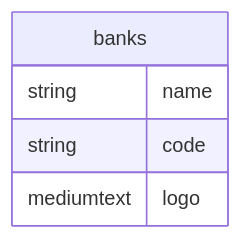
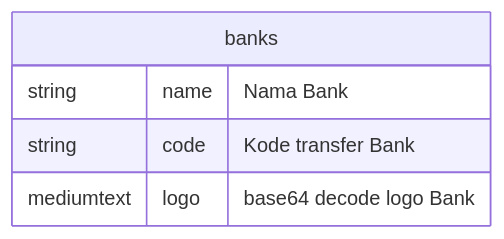
The diagram in README.md (uluumbch/data-bank-di-indonesia), drawn with Mermaid before and after one commit.

Commit message:
Update README.md
add comments about ERD

````diff
--- a/README.md
+++ b/README.md
@@ -19,8 +19,8 @@
 ```mermaid
 erDiagram
    banks {
-        string name
-        string code
-        mediumtext logo
+        string name "Nama Bank"
+        string code "Kode transfer Bank"
+        mediumtext logo "base64 decode logo Bank"
     }
 ```
````
